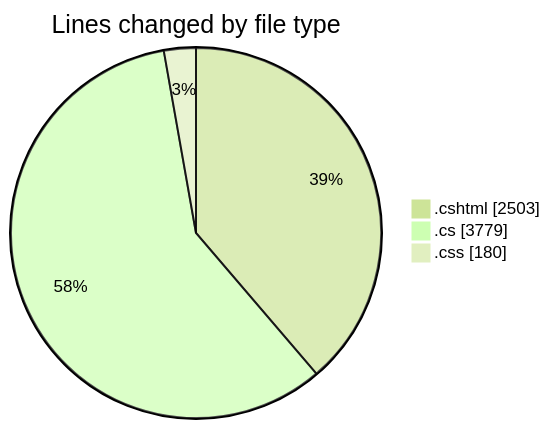
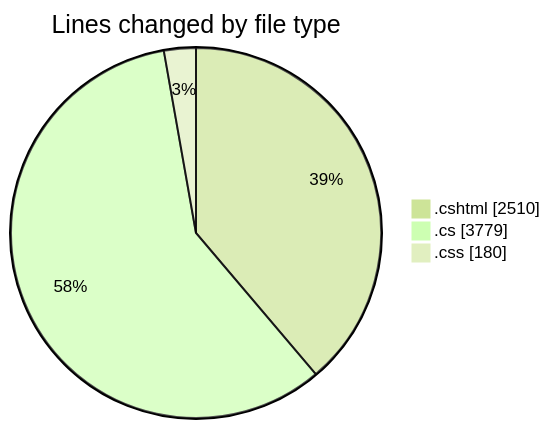
The first of 2 diagrams in 2025-07-17/nhahang/README.md (lephambinh05/code-tracking), drawn with Mermaid (forest theme) before and after one commit. The commit also changed other lines of this file and 1 other file, not shown here.

````diff
--- a/2025-07-17/nhahang/README.md
+++ b/2025-07-17/nhahang/README.md
@@ -94,7 +94,7 @@
 ```mermaid
 pie showData
 title Lines changed by file type
-".cshtml" : 2503
+".cshtml" : 2510
 ".cs" : 3779
 ".css" : 180
 ```
````
